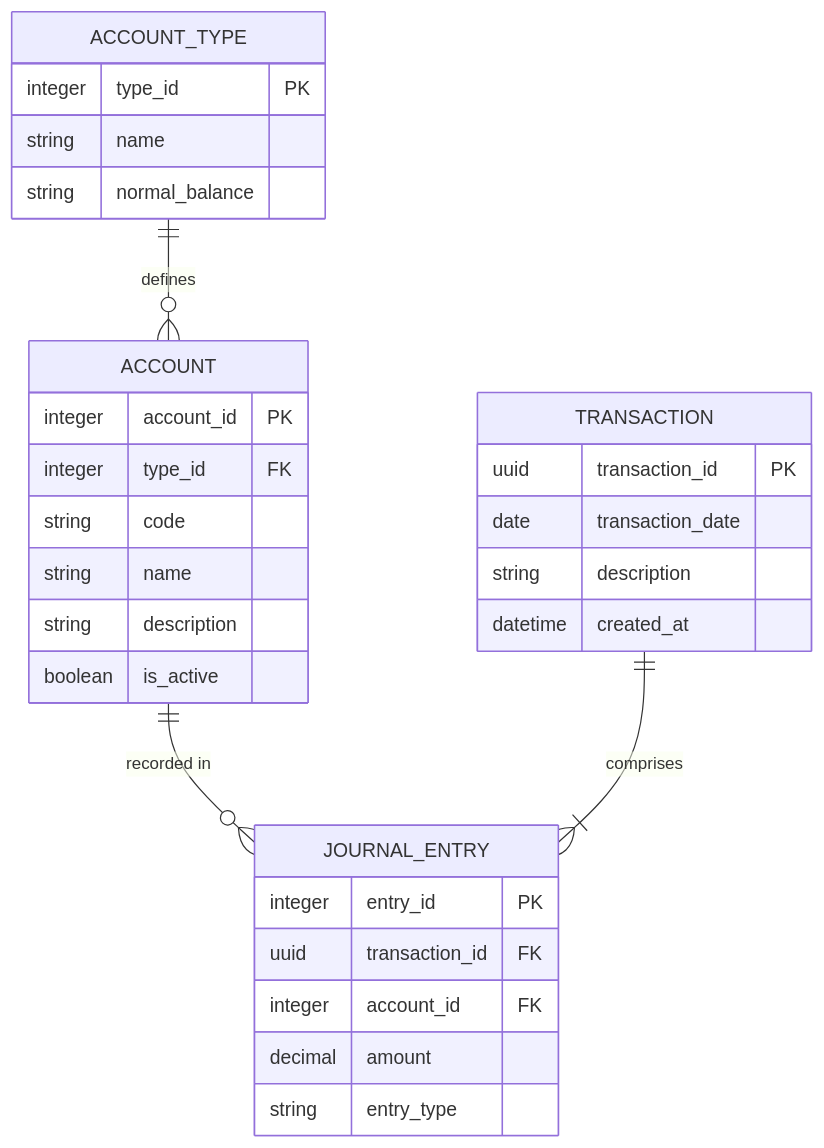
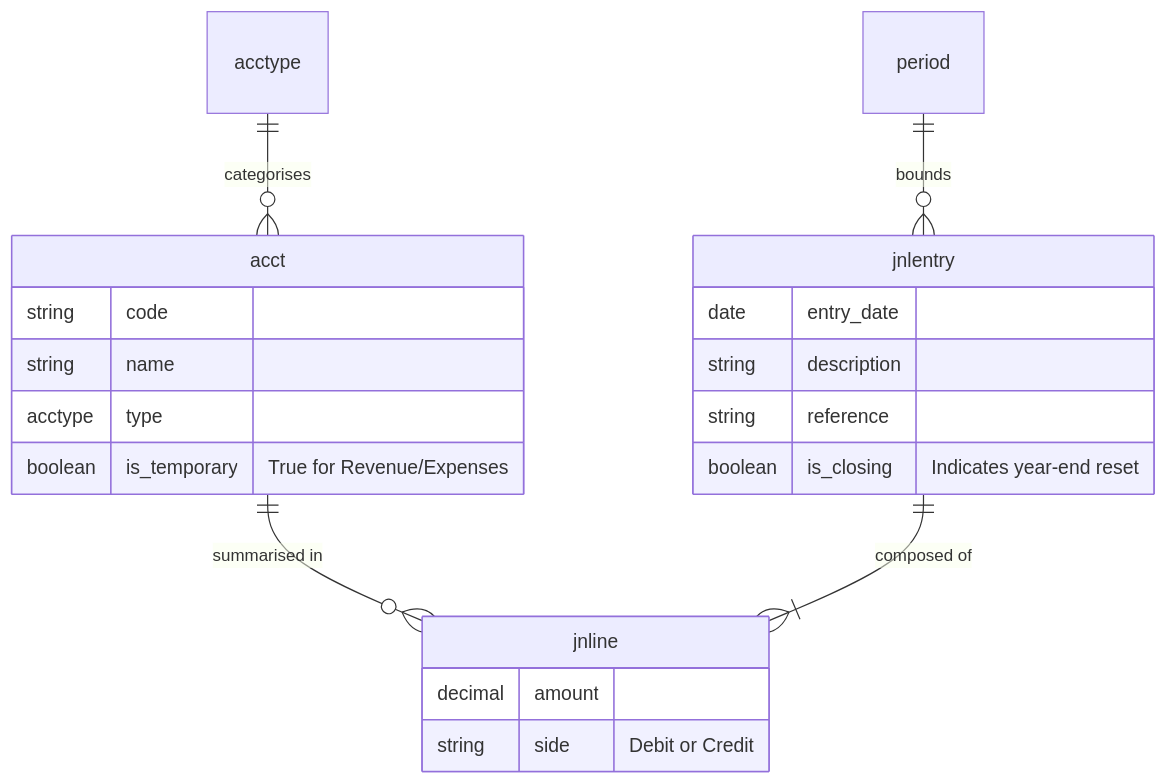
Before and after one commit to paulwizviz/debk: the first of 2 diagrams in docs/model.md, drawn with Mermaid. The commit also changed other lines of this file and 1 other file, not shown here.

````diff
--- a/docs/model.md
+++ b/docs/model.md
@@ -9,36 +33,26 @@
 ```mermaid
 erDiagram
-    ACCOUNT_TYPE ||--o{ ACCOUNT : "defines"
-    ACCOUNT ||--o{ JOURNAL_ENTRY : "recorded in"
-    TRANSACTION ||--|{ JOURNAL_ENTRY : "comprises"
-
-    ACCOUNT_TYPE {
-        integer type_id PK
+    acct ||--o{ jnline : "summarised in"
+    jnlentry ||--|{ jnline : "composed of"
+    acctype ||--o{ acct : "categorises"
+    period ||--o{ jnlentry : "bounds"
+    
+    acct {
+        string code
         string name
-        string normal_balance
+        acctype type
+        boolean is_temporary "True for Revenue/Expenses"
     }
 
-    ACCOUNT {
-        integer account_id PK
-        integer type_id FK
-        string code
-        string name
+    jnlentry {
+        date entry_date
         string description
-        boolean is_active
+        string reference
+        boolean is_closing "Indicates year-end reset"
     }
 
-    TRANSACTION {
-        uuid transaction_id PK
-        date transaction_date
-        string description
-        datetime created_at
-    }
-
-    JOURNAL_ENTRY {
-        integer entry_id PK
-        uuid transaction_id FK
-        integer account_id FK
+    jnline {
         decimal amount
-        string entry_type
+        string side "Debit or Credit"
     }
 ```
````
